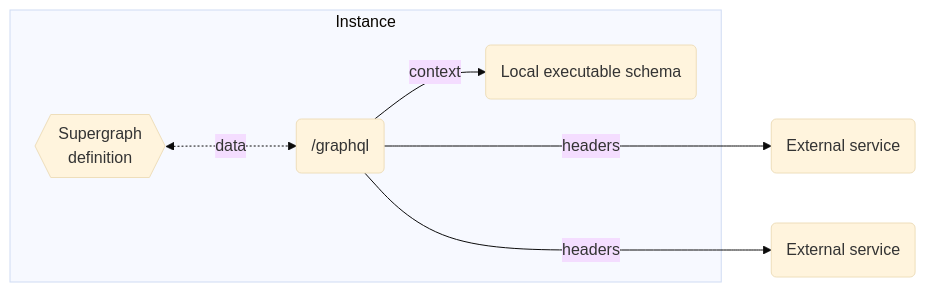
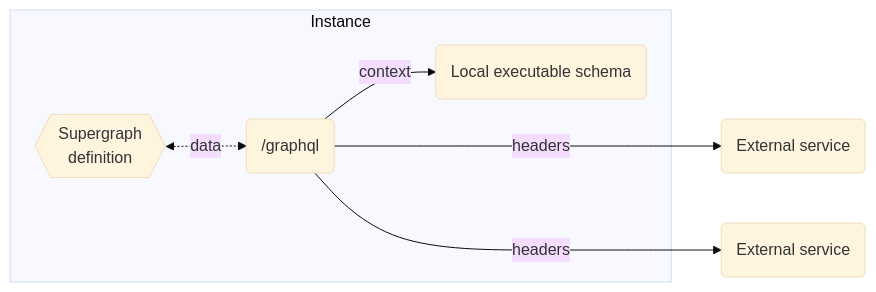
One commit to stackables/mesh-local-federation changed the diagram in README.md. Above: the diagram before and after it, drawn with Mermaid (base theme).

Commit message:
docs: Narrower

````diff
--- a/README.md
+++ b/README.md
@@ -18,9 +18,9 @@
 ```mermaid
 graph LR;
     subgraph Instance
         gateway(/graphql)--context-->local(Local executable schema)
-        db{{Supergraph\ndefinition}}<-.data..->gateway
+        db{{Supergraph\ndefinition}}<-.data.->gateway
     end
     gateway--headers--->federated1(External service);
     gateway--headers--->federated2(External service);
 ```
````
